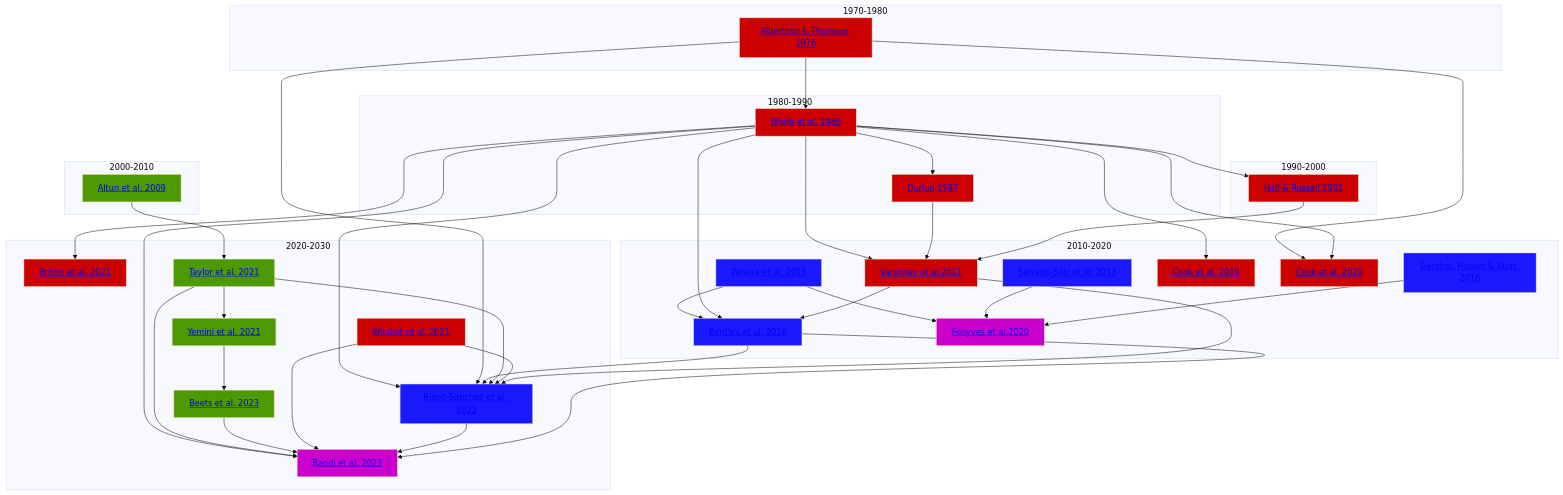
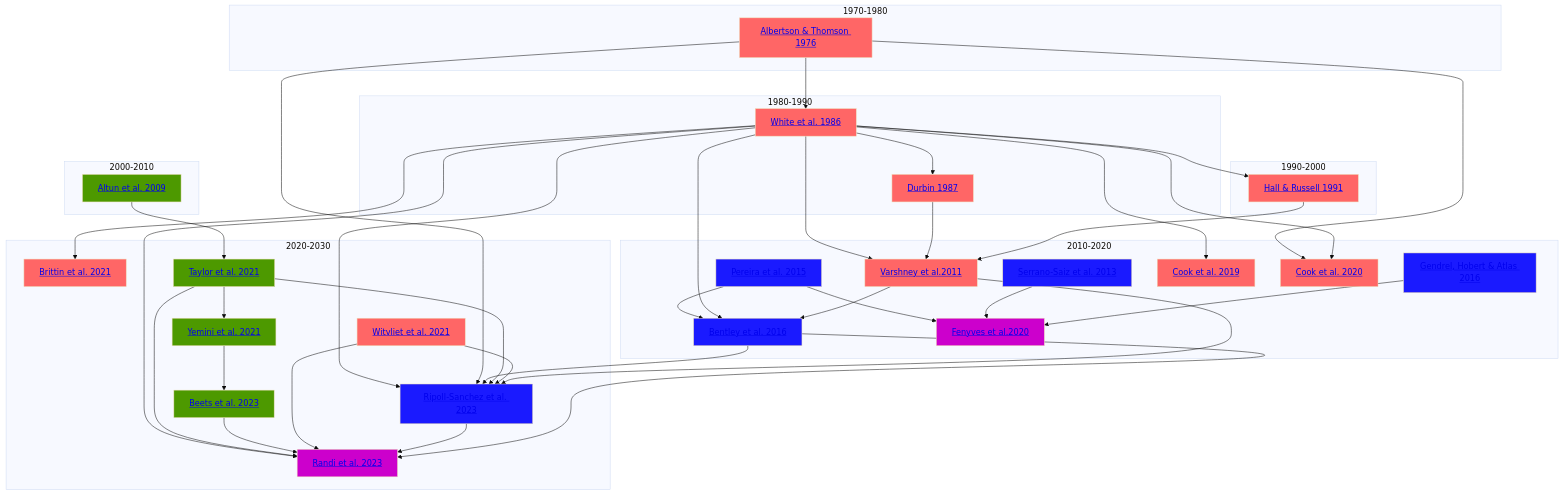
The diagram in Timeline.md (yasinthanvickneswaran/mermaidtest), drawn with Mermaid (base theme) before and after one commit.

````diff
--- a/Timeline.md
+++ b/Timeline.md
@@ -1,67 +1,67 @@
 ```mermaid
 flowchart TD
-    classDef anat fill:#cc0000
+    classDef anat fill:#ff6666
     classDef gene fill:#4d9900
     classDef es fill:#1a1aff
     classDef func fill:#cc00cc
 
 
     subgraph 1970-1980
     A1[<a href='https://github.com/yasinthanvickneswaran/ConnectomeToolbox/blob/main/docs/Albertson_Thompson_1976.md' >Albertson & Thomson 1976</a>]:::anat
     end
     subgraph 1980-1990
     A[<a href='https://github.com/yasinthanvickneswaran/ConnectomeToolbox/blob/main/docs/White_1986.md' >White et al. 1986</a>]:::anat & B[<a href='https://github.com/yasinthanvickneswaran/ConnectomeToolbox/blob/main/docs/Durbin_1987.md' >Durbin 1987</a>]:::anat
     end
 
     subgraph 1990-2000
     A2[<a href='https://github.com/yasinthanvickneswaran/ConnectomeToolbox/blob/main/docs/Hall_1991.md' >Hall & Russell 1991</a>]:::anat
     end
 
     subgraph 2000-2010
     C[<a href='https://github.com/yasinthanvickneswaran/ConnectomeToolbox/blob/main/docs/Altun_2009.md' >Altun et al. 2009</a>]:::gene 
     end
 
     subgraph 2010-2020
     D[<a href='https://github.com/yasinthanvickneswaran/ConnectomeToolbox/blob/main/docs/Varshney_2011.md' >Varshney et al.2011</a>]:::anat & E[<a href='https://github.com/yasinthanvickneswaran/ConnectomeToolbox/blob/main/docs/Pereira_2015.md' >Pereira et al. 2015</a>]:::es & E1[<a href='https://github.com/yasinthanvickneswaran/ConnectomeToolbox/blob/main/docs/Serrano_2013.md' >Serrano-Saiz et al. 2013</a>]:::es  & E2[<a href='https://github.com/yasinthanvickneswaran/ConnectomeToolbox/blob/main/docs/Gendrel_2016.md' >Gendrel, Hobert & Atlas 2016</a>]:::es & F[<a href='https://github.com/yasinthanvickneswaran/ConnectomeToolbox/blob/main/docs/Bentley_2016.md' >Bentley et al. 2016 </a>]:::es & G[<a href='https://github.com/yasinthanvickneswaran/ConnectomeToolbox/blob/main/docs/Cook_2019.md' >Cook et al. 2019</a>]:::anat & H[<a href='https://github.com/yasinthanvickneswaran/ConnectomeToolbox/blob/main/docs/Fenyves_2020.md' >Fenyves et al.2020</a>]:::func & I[<a href='https://github.com/yasinthanvickneswaran/ConnectomeToolbox/blob/main/docs/Cook_2020.md' >Cook et al. 2020</a>]:::anat
     end
 
     subgraph 2020-2030
     J[<a href='https://github.com/yasinthanvickneswaran/ConnectomeToolbox/blob/main/docs/Brittin_2021.md' >Brittin et al. 2021</a>]:::anat & K[<a href='https://github.com/yasinthanvickneswaran/ConnectomeToolbox/blob/main/docs/Witvliet_2021.md' >Witvliet et al. 2021</a>]:::anat & L[<a href='https://github.com/yasinthanvickneswaran/ConnectomeToolbox/blob/main/docs/Taylor_2021.md' >Taylor et al. 2021</a>]:::gene & M[<a href='https://github.com/yasinthanvickneswaran/ConnectomeToolbox/blob/main/docs/Yemini_2021.md' >Yemini et al. 2021</a>]:::gene & N[<a href='https://github.com/yasinthanvickneswaran/ConnectomeToolbox/blob/main/docs/Beets_2023.md' >Beets et al. 2023</a>]:::gene & P[<a href='https://github.com/yasinthanvickneswaran/ConnectomeToolbox/blob/main/docs/Randi_2023.md' >Randi et al. 2023</a>]:::func & NP[<a href='https://github.com/yasinthanvickneswaran/ConnectomeToolbox/blob/main/docs/Ripoll_2023.md' >Ripoll-Sanchez et al. 2023</a>]:::es
     end     
 
 
     E --> H
     E1 --> H
     E2 --> H
     E --> F
     C --> L
     L --> M
     M --> N
     A --> B
     A1 --> A
     A1 --> I
     A  --> A2
     A --> D
     B --> D
     A2 --> D
     A --> G
     A --> I
     A --> J
     A --> F
     D --> F
     A --> NP
     A1 --> NP
     F --> NP
     L --> NP
     K --> NP
     D --> NP
     A --> P
     L --> P
     N --> P
     K --> P
     NP --> P
     F --> P
 
     
     
 ```
````
